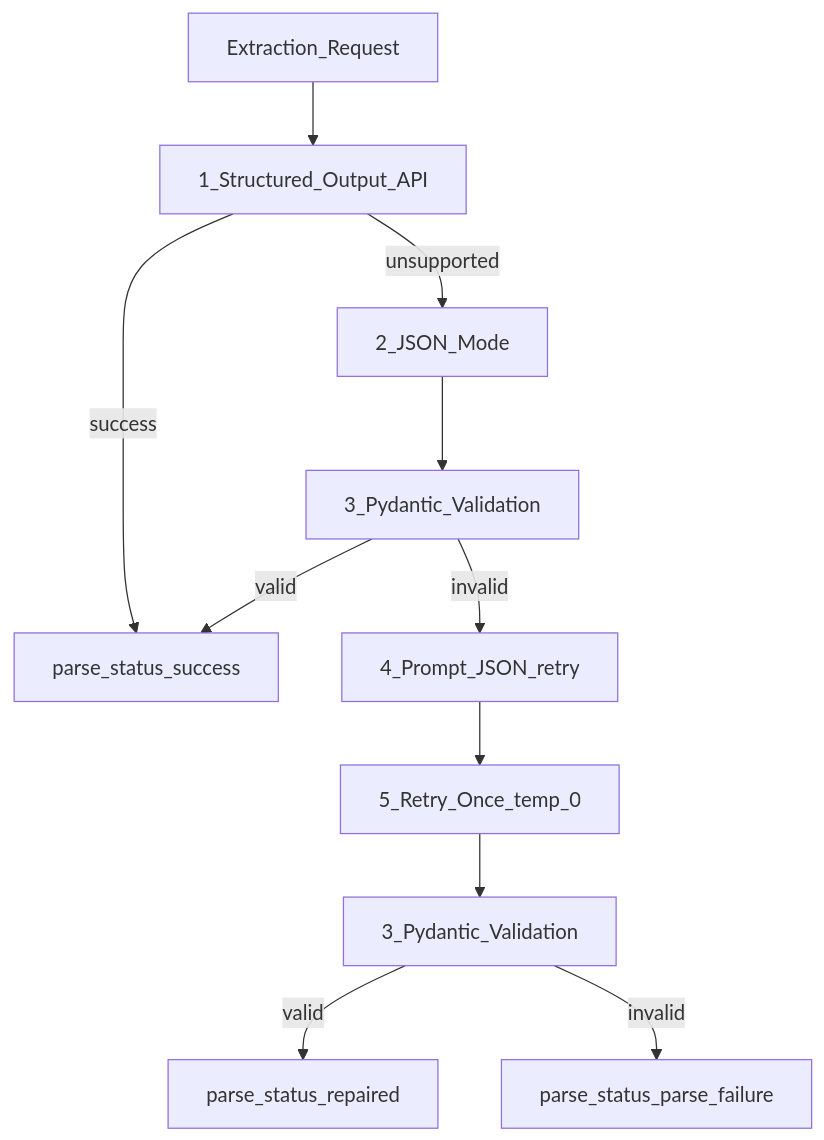
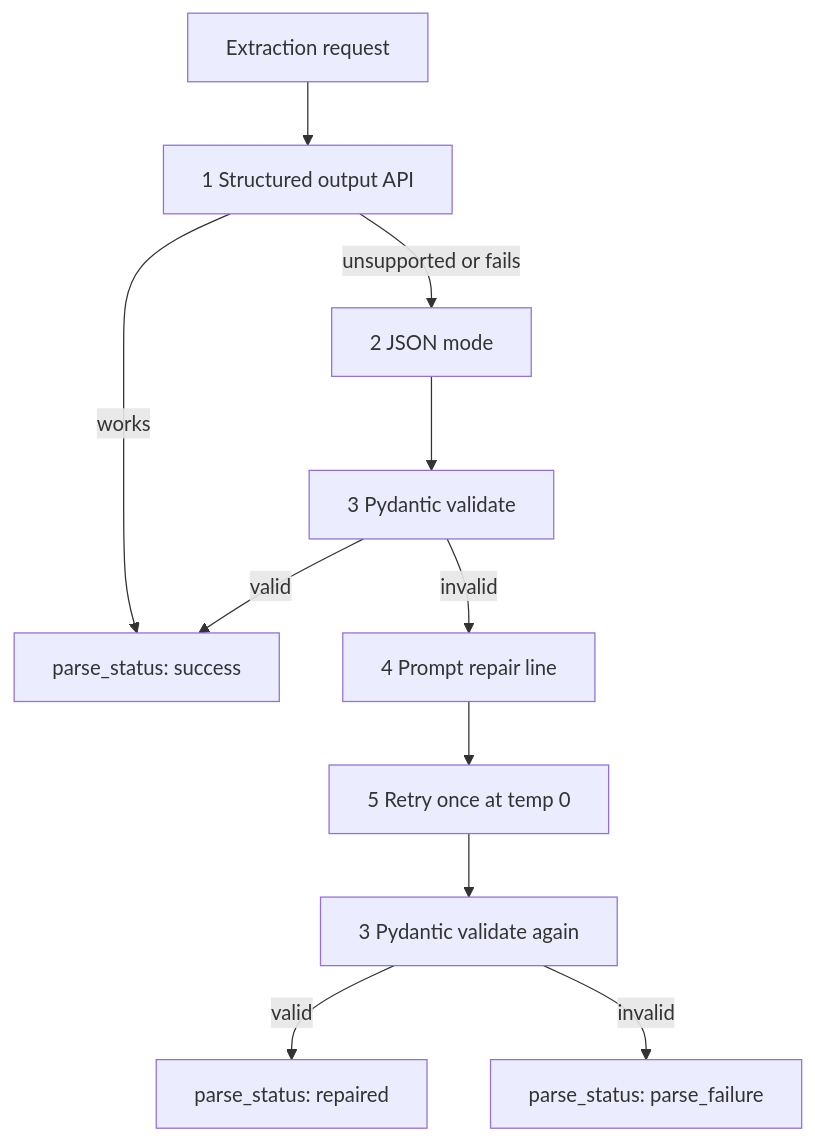
The second of 2 diagrams in week-01/theory/structured-output.md (vinod-donthi/hands-on-llm-engineering), drawn with Mermaid before and after one commit. The commit also changed other lines of this file and 37 other files, not shown here.

````diff
--- a/week-01/theory/structured-output.md
+++ b/week-01/theory/structured-output.md
@@ -77,13 +153,13 @@
 ```mermaid
 flowchart TD
-    Start[Extraction_Request] --> Step1[1_Structured_Output_API]
-    Step1 -->|success| Done[parse_status_success]
-    Step1 -->|unsupported| Step2[2_JSON_Mode]
-    Step2 --> Validate[3_Pydantic_Validation]
-    Validate -->|valid| Done
-    Validate -->|invalid| Step3[4_Prompt_JSON_retry]
-    Step3 --> RetryOnce[5_Retry_Once_temp_0]
-    RetryOnce --> Validate2[3_Pydantic_Validation]
-    Validate2 -->|valid| Repaired[parse_status_repaired]
-    Validate2 -->|invalid| Fail[parse_status_parse_failure]
+    Start[Extraction request] --> S1[1 Structured output API]
+    S1 -->|works| OK[parse_status: success]
+    S1 -->|unsupported or fails| S2[2 JSON mode]
+    S2 --> S3[3 Pydantic validate]
+    S3 -->|valid| OK
+    S3 -->|invalid| S4[4 Prompt repair line]
+    S4 --> S5[5 Retry once at temp 0]
+    S5 --> S3b[3 Pydantic validate again]
+    S3b -->|valid| Rep[parse_status: repaired]
+    S3b -->|invalid| Fail[parse_status: parse_failure]
 ```
````
